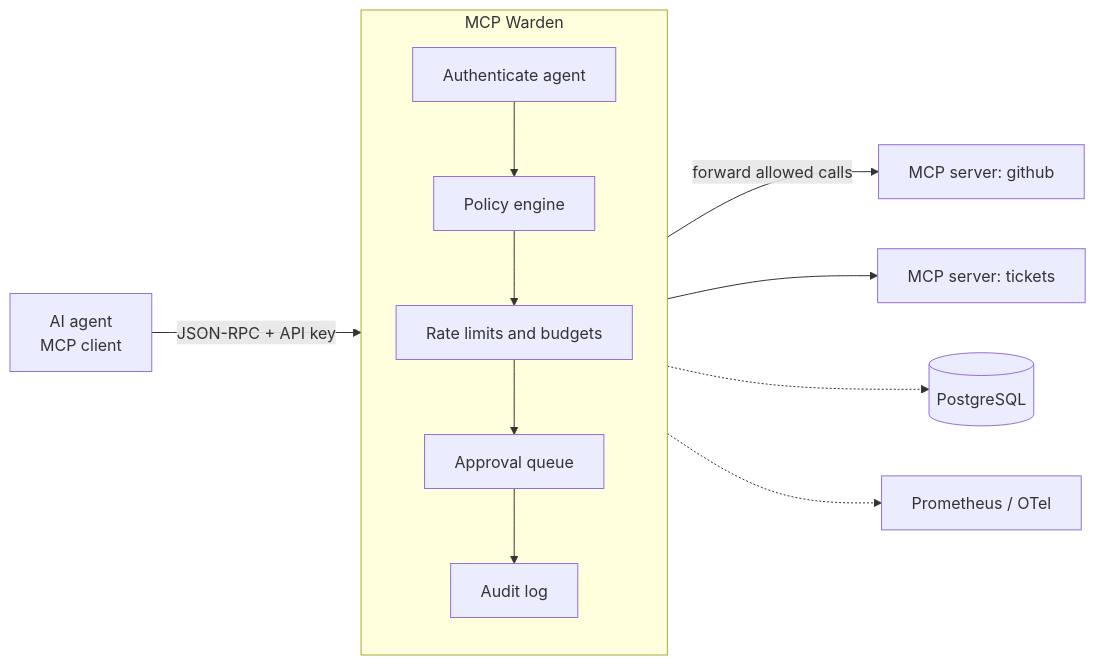
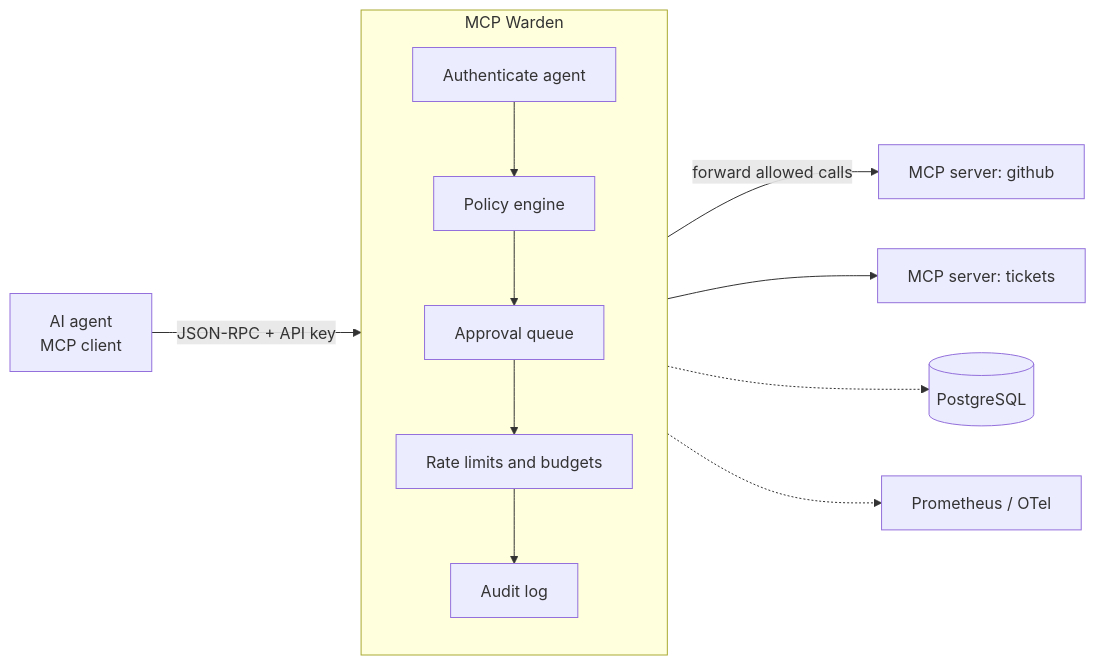
One commit to xeeshan16/mcp-warden changed the diagram in README.md. Above: the diagram before and after it, drawn with Mermaid. The commit also changed other lines of this file and 2 other files, not shown here.

First line of the commit message:
Document human approval and log day 8 progress

````diff
--- a/README.md
+++ b/README.md
@@ -58,15 +59,15 @@
 ```mermaid
 flowchart LR
     A[AI agent<br/>MCP client] -- "JSON-RPC + API key" --> W
     subgraph W[MCP Warden]
         direction TB
         AU[Authenticate agent] --> P[Policy engine]
-        P --> RL[Rate limits and budgets]
-        RL --> AP[Approval queue]
-        AP --> AL[Audit log]
+        P --> AP[Approval queue]
+        AP --> RL[Rate limits and budgets]
+        RL --> AL[Audit log]
     end
     W -- "forward allowed calls" --> S1[MCP server: github]
     W --> S2[MCP server: tickets]
     W -.-> DB[(PostgreSQL)]
     W -.-> M[Prometheus / OTel]
 ```
````
